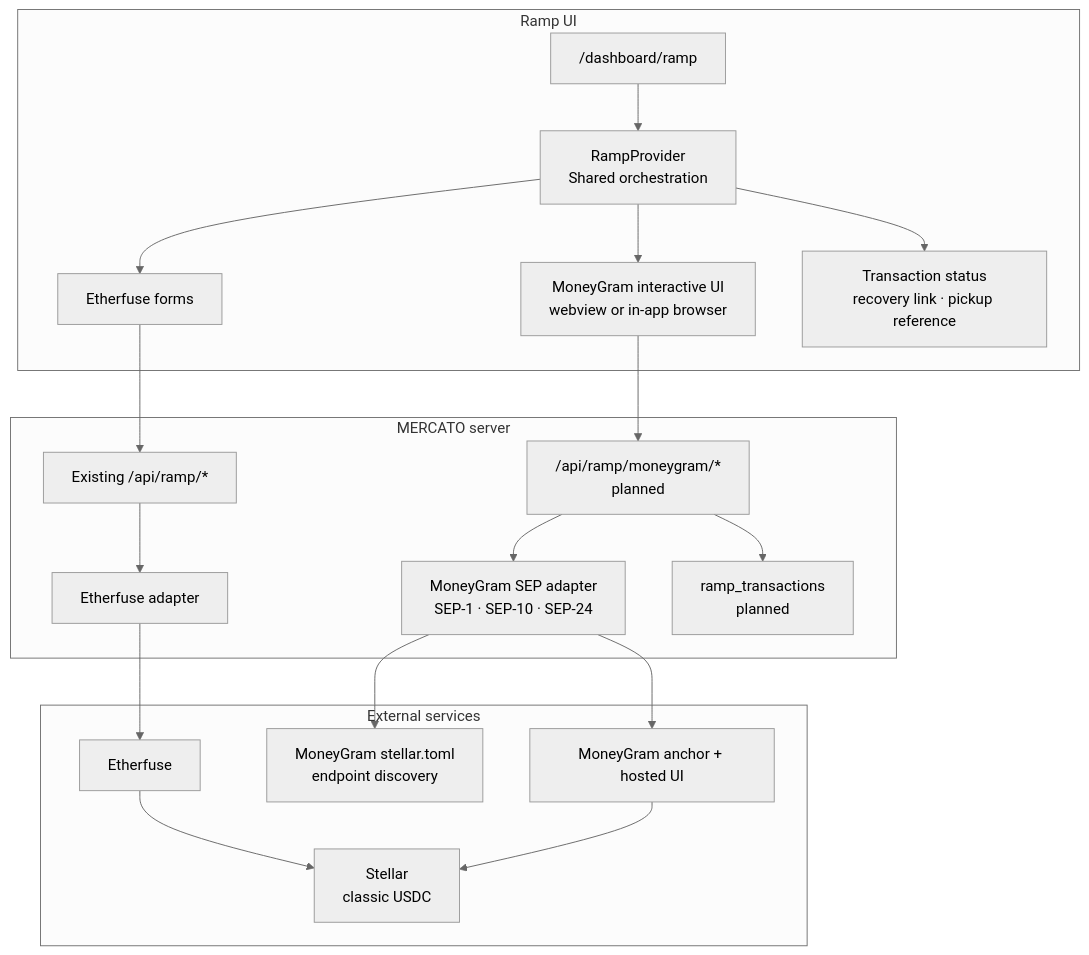
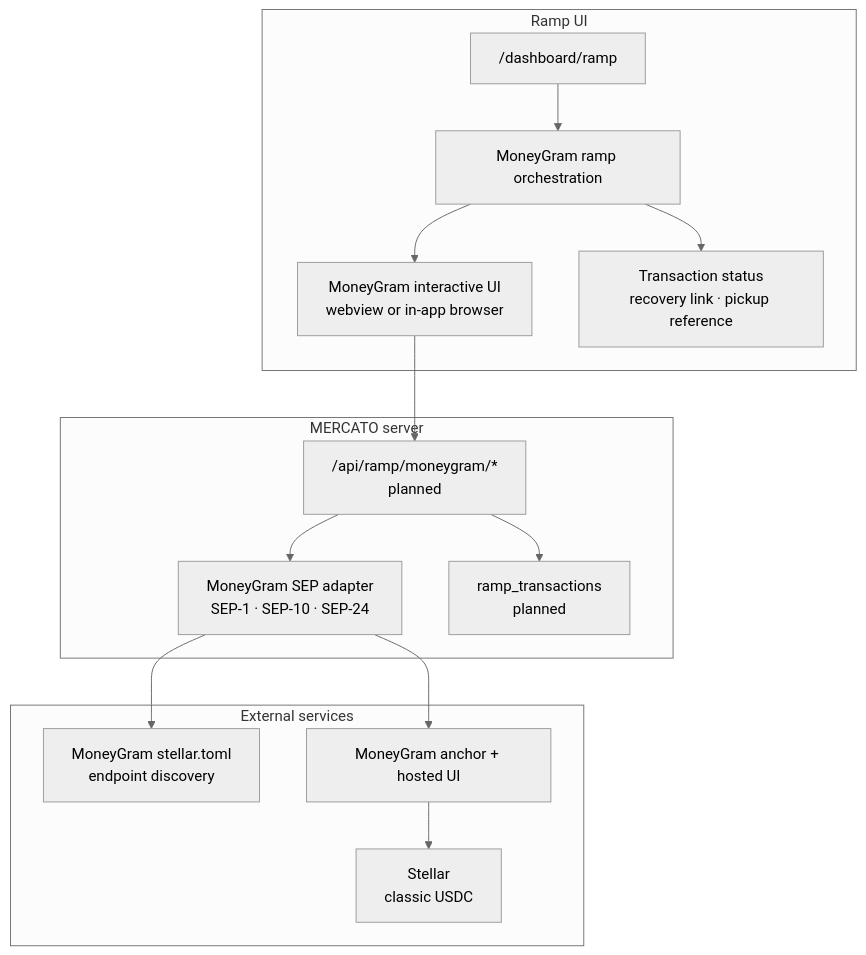
One commit to mercato-supply-chain/mercato-dapp changed diagram 12 of 17 in doc/architecture.md. Above: the diagram before and after it, drawn with Mermaid (neutral theme). The commit also changed other lines of this file, not shown here.

Commit message:
Document MoneyGram as the sole planned fiat ramp

````diff
--- a/doc/architecture.md
+++ b/doc/architecture.md
@@ -814,36 +814,30 @@
 ```mermaid
 flowchart TB
   subgraph UI["Ramp UI"]
     Page["/dashboard/ramp"]
-    Provider["RampProvider\nShared orchestration"]
-    EtherfuseUI["Etherfuse forms"]
+    Provider["MoneyGram ramp orchestration"]
     MoneyGramUI["MoneyGram interactive UI\nwebview or in-app browser"]
     Status["Transaction status\nrecovery link · pickup reference"]
   end
 
   subgraph Server["MERCATO server"]
-    ExistingAPI["Existing /api/ramp/*"]
     MoneyGramAPI["/api/ramp/moneygram/*\nplanned"]
-    EtherfuseAdapter["Etherfuse adapter"]
     SEPAdapter["MoneyGram SEP adapter\nSEP-1 · SEP-10 · SEP-24"]
     RampTransactions["ramp_transactions\nplanned"]
   end
 
   subgraph External["External services"]
-    Etherfuse["Etherfuse"]
     TOML["MoneyGram stellar.toml\nendpoint discovery"]
     MoneyGram["MoneyGram anchor + hosted UI"]
     Stellar["Stellar\nclassic USDC"]
   end
 
   Page --> Provider
-  Provider --> EtherfuseUI --> ExistingAPI --> EtherfuseAdapter --> Etherfuse
   Provider --> MoneyGramUI
   Provider --> Status
   MoneyGramUI --> MoneyGramAPI --> SEPAdapter
   SEPAdapter --> TOML
   SEPAdapter --> MoneyGram
   MoneyGramAPI --> RampTransactions
   MoneyGram --> Stellar
-  Etherfuse --> Stellar
 ```
````
